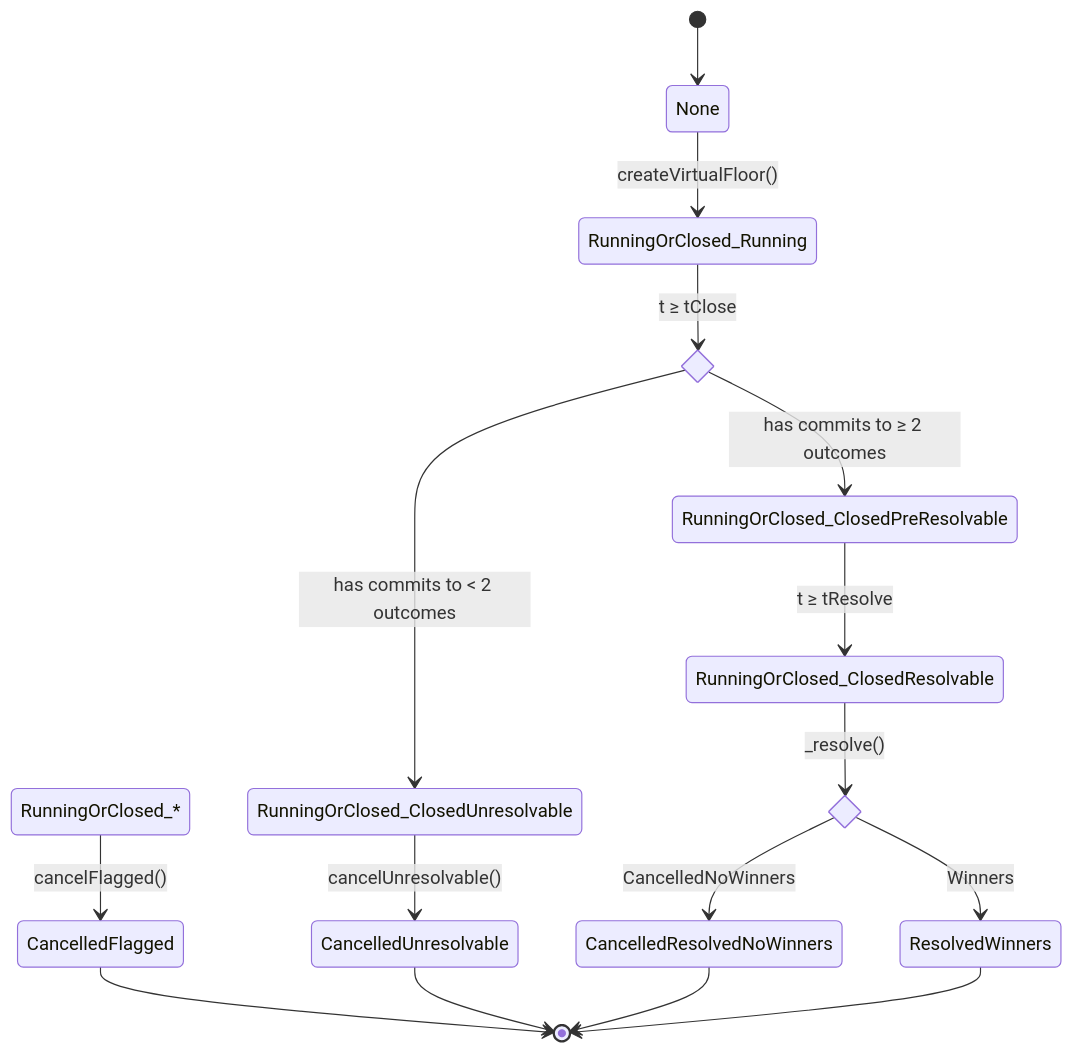
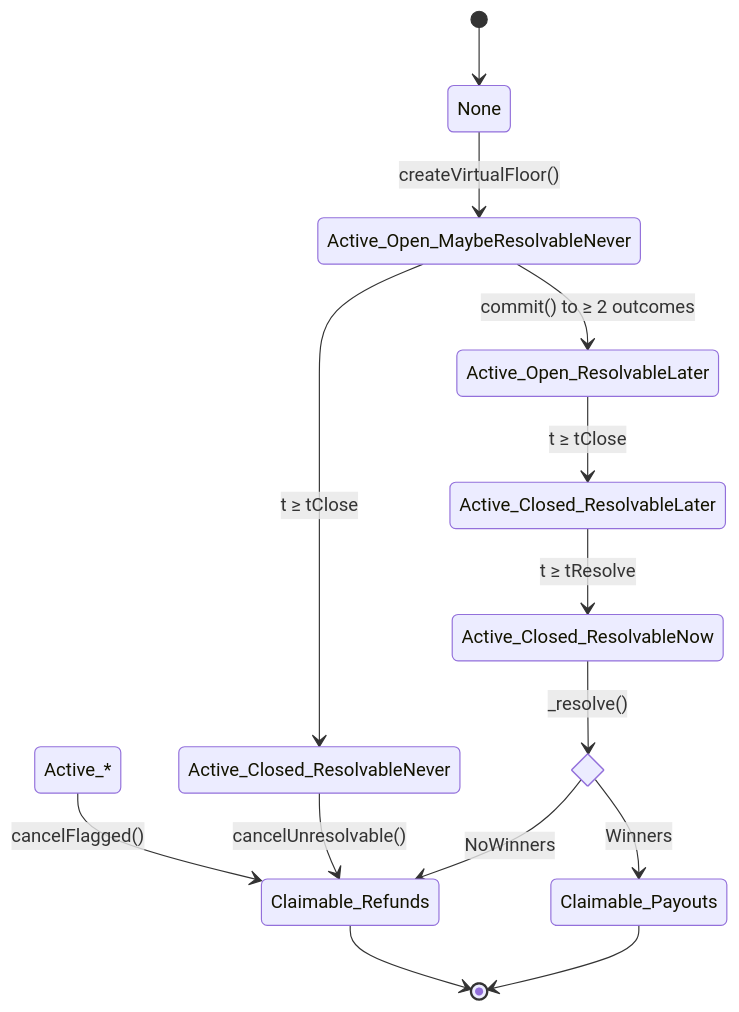
The second of 3 diagrams in platform/docs/STATE.md (0xsaxit/doubledice), drawn with Mermaid before and after one commit. The commit also changed other lines of this file and 12 other files, not shown here.

Commit message:
:sparkles: Rehaul VirtualFloorState naming, split Running state, combine Cancelled states

````diff
--- a/platform/docs/STATE.md
+++ b/platform/docs/STATE.md
@@ -30,30 +36,27 @@
 ```mermaid
 stateDiagram-v2
-    state RunningOrClosed_Closed <<choice>>
     state resolutionType <<choice>>
     [*] --> None
 
-    None --> RunningOrClosed_Running: createVirtualFloor()
+    None --> Active_Open_MaybeResolvableNever: createVirtualFloor()
 
-    RunningOrClosed_* --> CancelledFlagged: cancelFlagged()
+    Active_* --> Claimable_Refunds: cancelFlagged()
 
-    RunningOrClosed_Running --> RunningOrClosed_Closed: t ≥ tClose
-    RunningOrClosed_Closed --> RunningOrClosed_ClosedUnresolvable: has commits to < 2 outcomes
-    RunningOrClosed_Closed --> RunningOrClosed_ClosedPreResolvable: has commits to ≥ 2 outcomes
+    Active_Open_MaybeResolvableNever --> Active_Open_ResolvableLater: commit() to ≥ 2 outcomes
+
+    Active_Open_MaybeResolvableNever --> Active_Closed_ResolvableNever: t ≥ tClose
+    Active_Open_ResolvableLater --> Active_Closed_ResolvableLater: t ≥ tClose
 
 
-    RunningOrClosed_ClosedUnresolvable --> CancelledUnresolvable: cancelUnresolvable()
-    RunningOrClosed_ClosedPreResolvable --> RunningOrClosed_ClosedResolvable: t ≥ tResolve
+    Active_Closed_ResolvableNever --> Claimable_Refunds: cancelUnresolvable()
+    Active_Closed_ResolvableLater --> Active_Closed_ResolvableNow: t ≥ tResolve
 
 
 
-    RunningOrClosed_ClosedResolvable --> resolutionType: _resolve()
-    resolutionType --> CancelledResolvedNoWinners: CancelledNoWinners
-    resolutionType --> ResolvedWinners: Winners
+    Active_Closed_ResolvableNow --> resolutionType: _resolve()
+    resolutionType --> Claimable_Refunds: NoWinners
+    resolutionType --> Claimable_Payouts: Winners
 
-
-    CancelledFlagged --> [*]
-    CancelledUnresolvable --> [*]
-    CancelledResolvedNoWinners --> [*]
-    ResolvedWinners --> [*]
+    Claimable_Refunds --> [*]
+    Claimable_Payouts --> [*]
 ```
````
